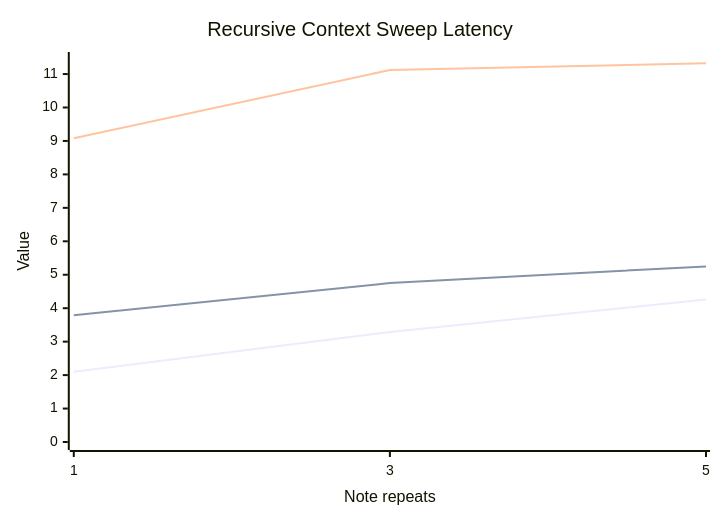
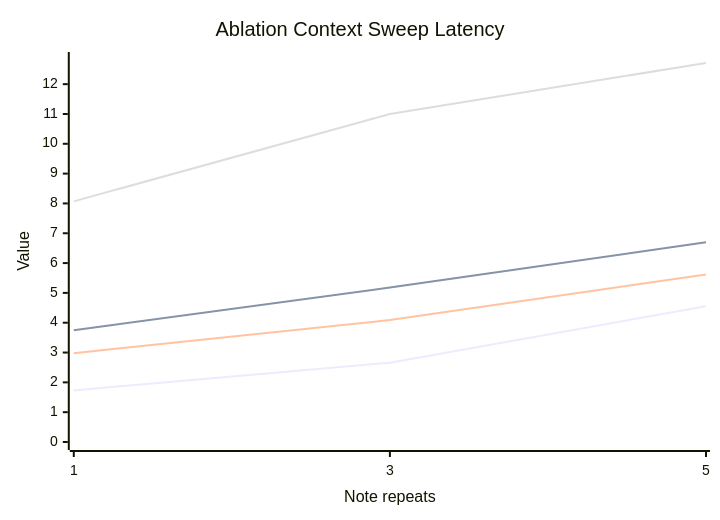
Before and after one commit to dylanler/latent-planning: the sixth of 6 diagrams in docs/extended_evaluation.md, drawn with Mermaid. The commit also changed other lines of this file and 7 other files, not shown here.

Commit message:
Add no-validator ablation report

````diff
--- a/docs/extended_evaluation.md
+++ b/docs/extended_evaluation.md
@@ -111,9 +85,10 @@
 ```mermaid
 xychart-beta
-    title "Recursive Context Sweep Latency"
+    title "Ablation Context Sweep Latency"
     x-axis "Note repeats" [1, 3, 5]
-    y-axis "Value" 0 --> 11.42
-    line "Baseline" [2.10, 3.29, 4.26]
-    line "Managed" [3.79, 4.75, 5.25]
-    line "Recursive" [9.08, 11.12, 11.32]
+    y-axis "Value" 0 --> 12.81
+    line "Baseline" [1.73, 2.66, 4.55]
+    line "No-validator" [3.75, 5.18, 6.70]
+    line "Managed" [2.98, 4.09, 5.62]
+    line "Recursive" [8.07, 11.00, 12.71]
 ```
````
